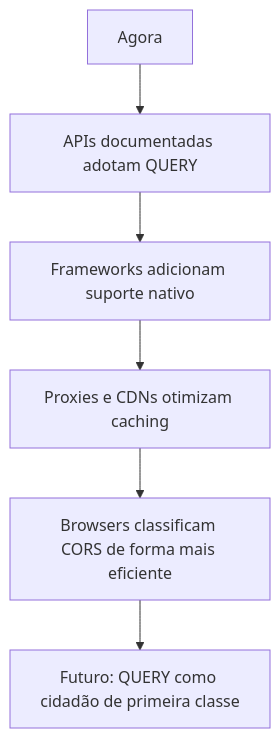
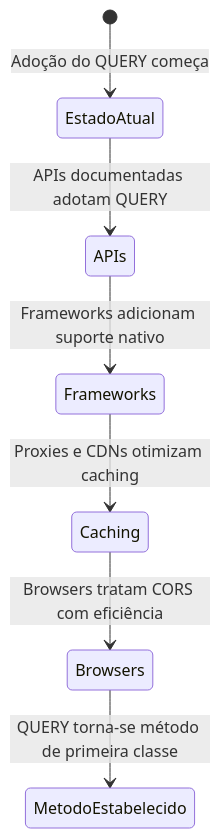
The ninth of 9 diagrams in content/pt/articles/http-query-method/index.md (dyotamo/blog), drawn with Mermaid before and after one commit. The commit also changed other lines of this file and 26 other files, not shown here.

````diff
--- a/content/pt/articles/http-query-method/index.md
+++ b/content/pt/articles/http-query-method/index.md
@@ -358,8 +371,9 @@
 ```mermaid
-graph TD
-    N[Agora] --> S1[APIs documentadas adotam QUERY]
-    S1 --> S2[Frameworks adicionam suporte nativo]
-    S2 --> S3[Proxies e CDNs otimizam caching]
-    S3 --> S4[Browsers classificam CORS de forma mais eficiente]
-    S4 --> F[Futuro: QUERY como cidadão de primeira classe]
+stateDiagram-v2
+    [*] --> EstadoAtual : Adoção do QUERY começa
+    EstadoAtual --> APIs : APIs documentadas adotam QUERY
+    APIs --> Frameworks : Frameworks adicionam suporte nativo
+    Frameworks --> Caching : Proxies e CDNs otimizam caching
+    Caching --> Browsers : Browsers tratam CORS com eficiência
+    Browsers --> MetodoEstabelecido : QUERY torna-se método de primeira classe
 ```
````
